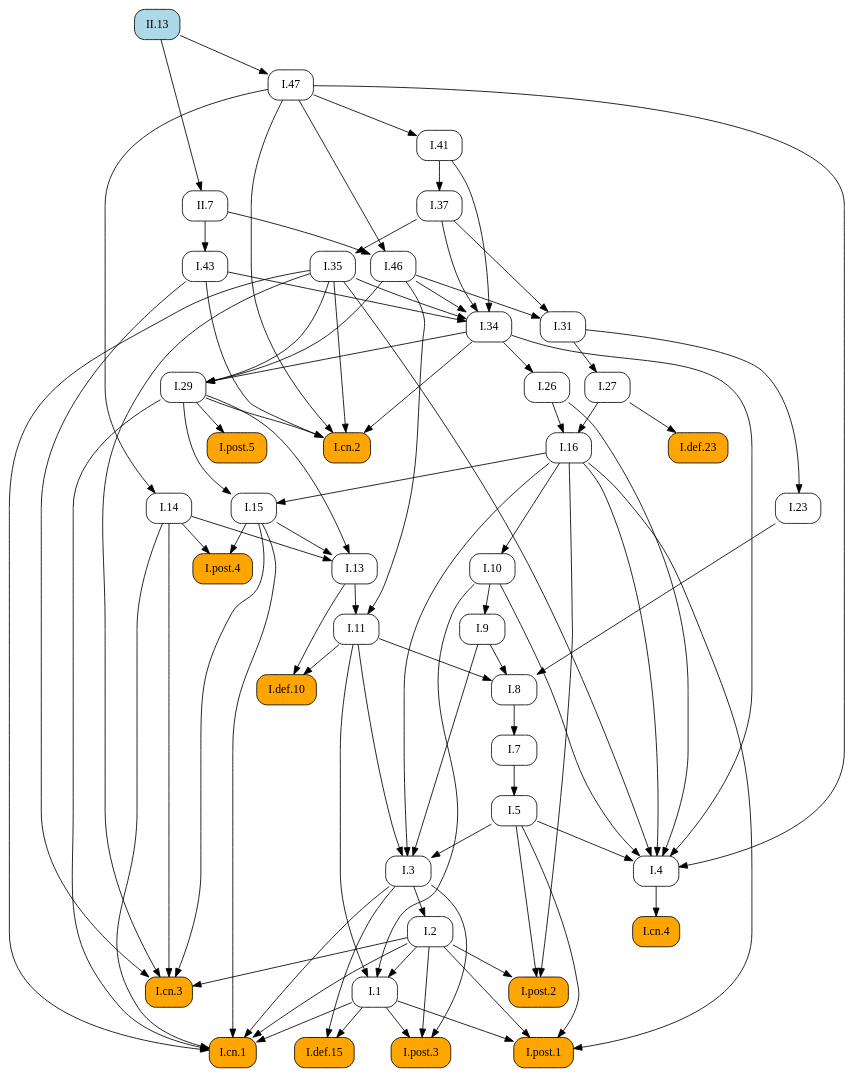
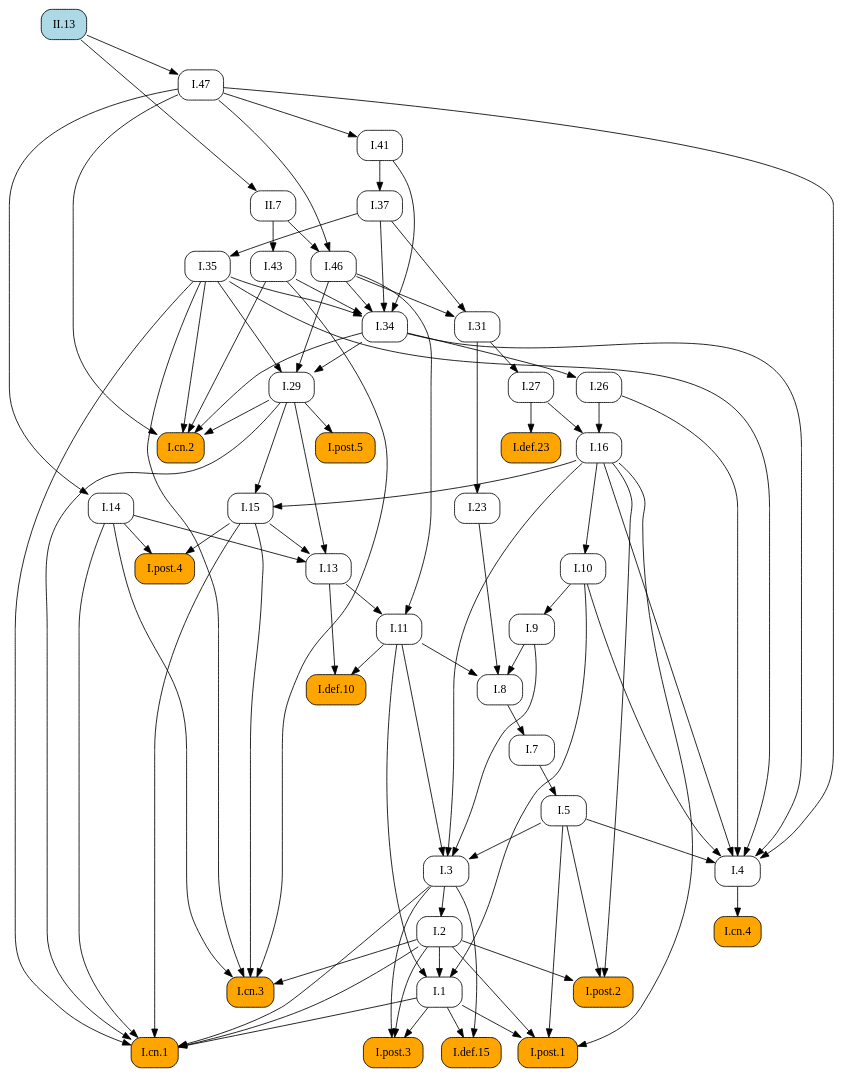
Before and after one commit to geometor/elements: the diagram in docsrc/heath/II/13/index.rst, drawn with Graphviz. The commit also changed other lines of this file and 484 other files, not shown here.

```diff
--- a/docsrc/heath/II/13/index.rst
+++ b/docsrc/heath/II/13/index.rst
@@ -45,95 +45,66 @@
    digraph {
      rankdir="TB";
      node [shape=box, style=rounded];
+     "I.23" [URL="/heath/I/23/", target="_top"];
+     "I.9" [URL="/heath/I/9/", target="_top"];
+     "I.def.15" [style="rounded,filled", fillcolor=orange, URL="/heath/I/def.15/", target="_top"];
+     "I.47" [URL="/heath/I/47/", target="_top"];
+     "I.post.3" [style="rounded,filled", fillcolor=orange, URL="/heath/I/post.3/", target="_top"];
+     "I.post.1" [style="rounded,filled", fillcolor=orange, URL="/heath/I/post.1/", target="_top"];
+     "I.43" [URL="/heath/I/43/", target="_top"];
+     "I.31" [URL="/heath/I/31/", target="_top"];
      "I.def.10" [style="rounded,filled", fillcolor=orange, URL="/heath/I/def.10/", target="_top"];
-     "I.11" [URL="/heath/I/11/", target="_top"];
-     "I.post.4" [style="rounded,filled", fillcolor=orange, URL="/heath/I/post.4/", target="_top"];
-     "I.1" [URL="/heath/I/1/", target="_top"];
-     "I.26" [URL="/heath/I/26/", target="_top"];
-     "I.29" [URL="/heath/I/29/", target="_top"];
-     "I.cn.2" [style="rounded,filled", fillcolor=orange, URL="/heath/I/cn.2/", target="_top"];
-     "I.47" [URL="/heath/I/47/", target="_top"];
-     "I.def.15" [style="rounded,filled", fillcolor=orange, URL="/heath/I/def.15/", target="_top"];
-     "I.post.3" [style="rounded,filled", fillcolor=orange, URL="/heath/I/post.3/", target="_top"];
-     "I.cn.1" [style="rounded,filled", fillcolor=orange, URL="/heath/I/cn.1/", target="_top"];
-     "I.cn.3" [style="rounded,filled", fillcolor=orange, URL="/heath/I/cn.3/", target="_top"];
+     "I.27" [URL="/heath/I/27/", target="_top"];
      "I.14" [URL="/heath/I/14/", target="_top"];
-     "I.23" [URL="/heath/I/23/", target="_top"];
-     "I.43" [URL="/heath/I/43/", target="_top"];
-     "I.post.1" [style="rounded,filled", fillcolor=orange, URL="/heath/I/post.1/", target="_top"];
-     "I.35" [URL="/heath/I/35/", target="_top"];
-     "I.41" [URL="/heath/I/41/", target="_top"];
-     "I.27" [URL="/heath/I/27/", target="_top"];
-     "I.46" [URL="/heath/I/46/", target="_top"];
-     "I.37" [URL="/heath/I/37/", target="_top"];
+     "II.7" [URL="/heath/II/7/", target="_top"];
      "I.34" [URL="/heath/I/34/", target="_top"];
      "I.3" [URL="/heath/I/3/", target="_top"];
+     "I.35" [URL="/heath/I/35/", target="_top"];
+     "I.cn.1" [style="rounded,filled", fillcolor=orange, URL="/heath/I/cn.1/", target="_top"];
+     "II.13" [style="rounded,filled", fillcolor=lightblue, URL="/heath/II/13/", target="_top"];
      "I.7" [URL="/heath/I/7/", target="_top"];
      "I.2" [URL="/heath/I/2/", target="_top"];
+     "I.13" [URL="/heath/I/13/", target="_top"];
+     "I.post.4" [style="rounded,filled", fillcolor=orange, URL="/heath/I/post.4/", target="_top"];
      "I.4" [URL="/heath/I/4/", target="_top"];
+     "I.1" [URL="/heath/I/1/", target="_top"];
+     "I.5" [URL="/heath/I/5/", target="_top"];
+     "I.37" [URL="/heath/I/37/", target="_top"];
+     "I.8" [URL="/heath/I/8/", target="_top"];
+     "I.cn.3" [style="rounded,filled", fillcolor=orange, URL="/heath/I/cn.3/", target="_top"];
+     "I.29" [URL="/heath/I/29/", target="_top"];
+     "I.16" [URL="/heath/I/16/", target="_top"];
+     "I.15" [URL="/heath/I/15/", target="_top"];
+     "I.10" [URL="/heath/I/10/", target="_top"];
+     "I.11" [URL="/heath/I/11/", target="_top"];
      "I.def.23" [style="rounded,filled", fillcolor=orange, URL="/heath/I/def.23/", target="_top"];
-     "I.13" [URL="/heath/I/13/", target="_top"];
-     "II.7" [URL="/heath/II/7/", target="_top"];
-     "I.31" [URL="/heath/I/31/", target="_top"];
+     "I.cn.2" [style="rounded,filled", fillcolor=orange, URL="/heath/I/cn.2/", target="_top"];
+     "I.post.5" [style="rounded,filled", fillcolor=orange, URL="/heath/I/post.5/", target="_top"];
+     "I.cn.4" [style="rounded,filled", fillcolor=orange, URL="/heath/I/cn.4/", target="_top"];
+     "I.41" [URL="/heath/I/41/", target="_top"];
      "I.post.2" [style="rounded,filled", fillcolor=orange, URL="/heath/I/post.2/", target="_top"];
-     "I.16" [URL="/heath/I/16/", target="_top"];
-     "I.9" [URL="/heath/I/9/", target="_top"];
-     "I.8" [URL="/heath/I/8/", target="_top"];
-     "II.13" [style="rounded,filled", fillcolor=lightblue, URL="/heath/II/13/", target="_top"];
-     "I.cn.4" [style="rounded,filled", fillcolor=orange, URL="/heath/I/cn.4/", target="_top"];
-     "I.15" [URL="/heath/I/15/", target="_top"];
-     "I.post.5" [style="rounded,filled", fillcolor=orange, URL="/heath/I/post.5/", target="_top"];
-     "I.10" [URL="/heath/I/10/", target="_top"];
-     "I.5" [URL="/heath/I/5/", target="_top"];
-     "I.11" -> "I.def.10";
-     "I.13" -> "I.def.10";
-     "I.13" -> "I.11";
-     "I.46" -> "I.11";
-     "I.14" -> "I.post.4";
-     "I.15" -> "I.post.4";
-     "I.2" -> "I.1";
-     "I.10" -> "I.1";
-     "I.11" -> "I.1";
-     "I.34" -> "I.26";
-     "I.34" -> "I.29";
-     "I.35" -> "I.29";
-     "I.46" -> "I.29";
-     "I.29" -> "I.cn.2";
-     "I.34" -> "I.cn.2";
-     "I.35" -> "I.cn.2";
-     "I.43" -> "I.cn.2";
-     "I.47" -> "I.cn.2";
-     "II.13" -> "I.47";
+     "I.46" [URL="/heath/I/46/", target="_top"];
+     "I.26" [URL="/heath/I/26/", target="_top"];
+     "I.31" -> "I.23";
+     "I.10" -> "I.9";
      "I.1" -> "I.def.15";
      "I.3" -> "I.def.15";
+     "II.13" -> "I.47";
      "I.1" -> "I.post.3";
      "I.2" -> "I.post.3";
      "I.3" -> "I.post.3";
-     "I.1" -> "I.cn.1";
-     "I.2" -> "I.cn.1";
-     "I.3" -> "I.cn.1";
-     "I.14" -> "I.cn.1";
-     "I.15" -> "I.cn.1";
-     "I.29" -> "I.cn.1";
-     "I.35" -> "I.cn.1";
-     "I.2" -> "I.cn.3";
-     "I.14" -> "I.cn.3";
-     "I.15" -> "I.cn.3";
-     "I.35" -> "I.cn.3";
-     "I.43" -> "I.cn.3";
-     "I.47" -> "I.14";
-     "I.31" -> "I.23";
-     "II.7" -> "I.43";
      "I.1" -> "I.post.1";
      "I.2" -> "I.post.1";
      "I.5" -> "I.post.1";
      "I.16" -> "I.post.1";
-     "I.37" -> "I.35";
-     "I.47" -> "I.41";
+     "II.7" -> "I.43";
+     "I.37" -> "I.31";
+     "I.46" -> "I.31";
+     "I.11" -> "I.def.10";
+     "I.13" -> "I.def.10";
      "I.31" -> "I.27";
-     "I.47" -> "I.46";
-     "II.7" -> "I.46";
-     "I.41" -> "I.37";
+     "I.47" -> "I.14";
+     "II.13" -> "II.7";
      "I.35" -> "I.34";
      "I.37" -> "I.34";
      "I.41" -> "I.34";
@@ -143,8 +114,21 @@
      "I.9" -> "I.3";
      "I.11" -> "I.3";
      "I.16" -> "I.3";
+     "I.37" -> "I.35";
+     "I.1" -> "I.cn.1";
+     "I.2" -> "I.cn.1";
+     "I.3" -> "I.cn.1";
+     "I.14" -> "I.cn.1";
+     "I.15" -> "I.cn.1";
+     "I.29" -> "I.cn.1";
+     "I.35" -> "I.cn.1";
      "I.8" -> "I.7";
      "I.3" -> "I.2";
+     "I.14" -> "I.13";
+     "I.15" -> "I.13";
+     "I.29" -> "I.13";
+     "I.14" -> "I.post.4";
+     "I.15" -> "I.post.4";
      "I.5" -> "I.4";
      "I.10" -> "I.4";
      "I.16" -> "I.4";
@@ -152,26 +136,42 @@
      "I.34" -> "I.4";
      "I.35" -> "I.4";
      "I.47" -> "I.4";
+     "I.2" -> "I.1";
+     "I.10" -> "I.1";
+     "I.11" -> "I.1";
+     "I.7" -> "I.5";
+     "I.41" -> "I.37";
+     "I.9" -> "I.8";
+     "I.11" -> "I.8";
+     "I.23" -> "I.8";
+     "I.2" -> "I.cn.3";
+     "I.14" -> "I.cn.3";
+     "I.15" -> "I.cn.3";
+     "I.35" -> "I.cn.3";
+     "I.43" -> "I.cn.3";
+     "I.34" -> "I.29";
+     "I.35" -> "I.29";
+     "I.46" -> "I.29";
+     "I.26" -> "I.16";
+     "I.27" -> "I.16";
+     "I.16" -> "I.15";
+     "I.29" -> "I.15";
+     "I.16" -> "I.10";
+     "I.13" -> "I.11";
+     "I.46" -> "I.11";
      "I.27" -> "I.def.23";
-     "I.14" -> "I.13";
-     "I.15" -> "I.13";
-     "I.29" -> "I.13";
-     "II.13" -> "II.7";
-     "I.37" -> "I.31";
-     "I.46" -> "I.31";
+     "I.29" -> "I.cn.2";
+     "I.34" -> "I.cn.2";
+     "I.35" -> "I.cn.2";
+     "I.43" -> "I.cn.2";
+     "I.47" -> "I.cn.2";
+     "I.29" -> "I.post.5";
+     "I.4" -> "I.cn.4";
+     "I.47" -> "I.41";
      "I.2" -> "I.post.2";
      "I.5" -> "I.post.2";
      "I.16" -> "I.post.2";
-     "I.26" -> "I.16";
-     "I.27" -> "I.16";
-     "I.10" -> "I.9";
-     "I.9" -> "I.8";
-     "I.11" -> "I.8";
-     "I.23" -> "I.8";
-     "I.4" -> "I.cn.4";
-     "I.16" -> "I.15";
-     "I.29" -> "I.15";
-     "I.29" -> "I.post.5";
-     "I.16" -> "I.10";
-     "I.7" -> "I.5";
+     "I.47" -> "I.46";
+     "II.7" -> "I.46";
+     "I.34" -> "I.26";
    }
```
